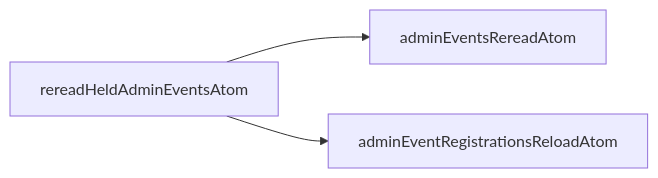
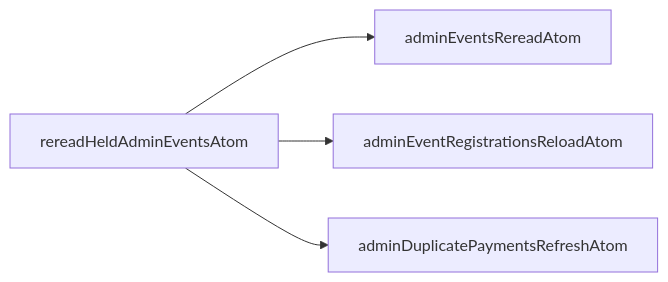
The first of 12 diagrams in src/pages/admin/state/README.md (koekalenteri/koekalenteri), drawn with Mermaid before and after one commit. The commit also changed other lines of this file and 4 other files, not shown here.

````diff
--- a/src/pages/admin/state/README.md
+++ b/src/pages/admin/state/README.md
@@ -40,5 +41,6 @@
 ```mermaid
 graph LR
   rereadHeldAdminEventsAtom-->adminEventsRereadAtom
   rereadHeldAdminEventsAtom-->adminEventRegistrationsReloadAtom
+  rereadHeldAdminEventsAtom-->adminDuplicatePaymentsRefreshAtom
 ```
````
